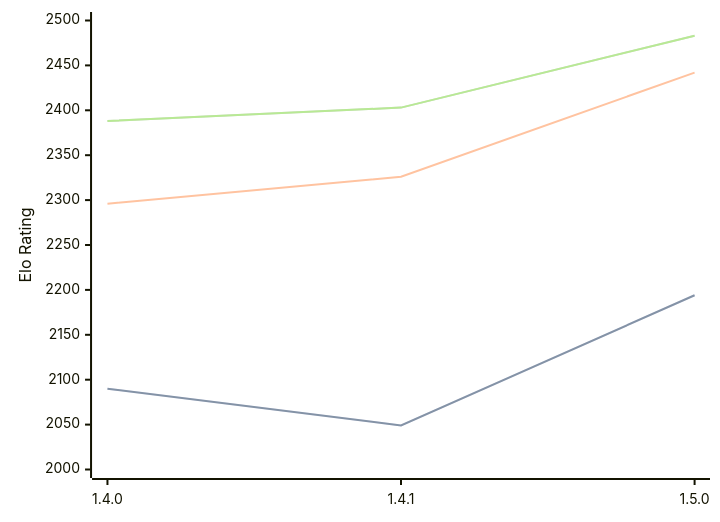
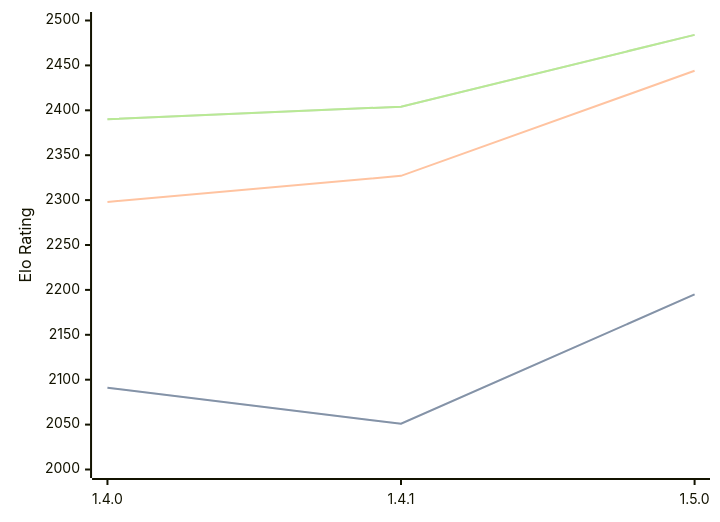
The diagram in engines/Tofiks.md (computer-chess-index/cci), drawn with Mermaid before and after one commit. The commit also changed other lines of this file, not shown here.

Commit message:
Update CCI Ratings (ELO VLTC) - 2026-10-09

````diff
--- a/engines/Tofiks.md
+++ b/engines/Tofiks.md
@@ -33,11 +33,11 @@
 ```mermaid
 %%{init: {"theme":"base","themeVariables":{"seriesColors:['#a3a3a3','#222221','#faa371']}}}%%
 xychart-beta
   x-axis ["1.4.0", "1.4.1", "1.5.0"]
   y-axis "Elo Rating" 2000 --> 2500
-  line "" [2090, 2049, 2194]
-  line "STC (8.0+0.08s)" [2090, 2049, 2194]
-  line "LTC (60.0+0.60s)" [2296, 2326, 2442]
-  line "" [2388, 2403, 2483]
-  line "VLTC (2m24s+1.12s)" [2388, 2403, 2483]
+  line "" [2091, 2051, 2195]
+  line "STC (8.0+0.08s)" [2091, 2051, 2195]
+  line "LTC (60.0+0.60s)" [2298, 2327, 2444]
+  line "" [2390, 2404, 2484]
+  line "VLTC (2m24s+1.12s)" [2390, 2404, 2484]
 ```
````
